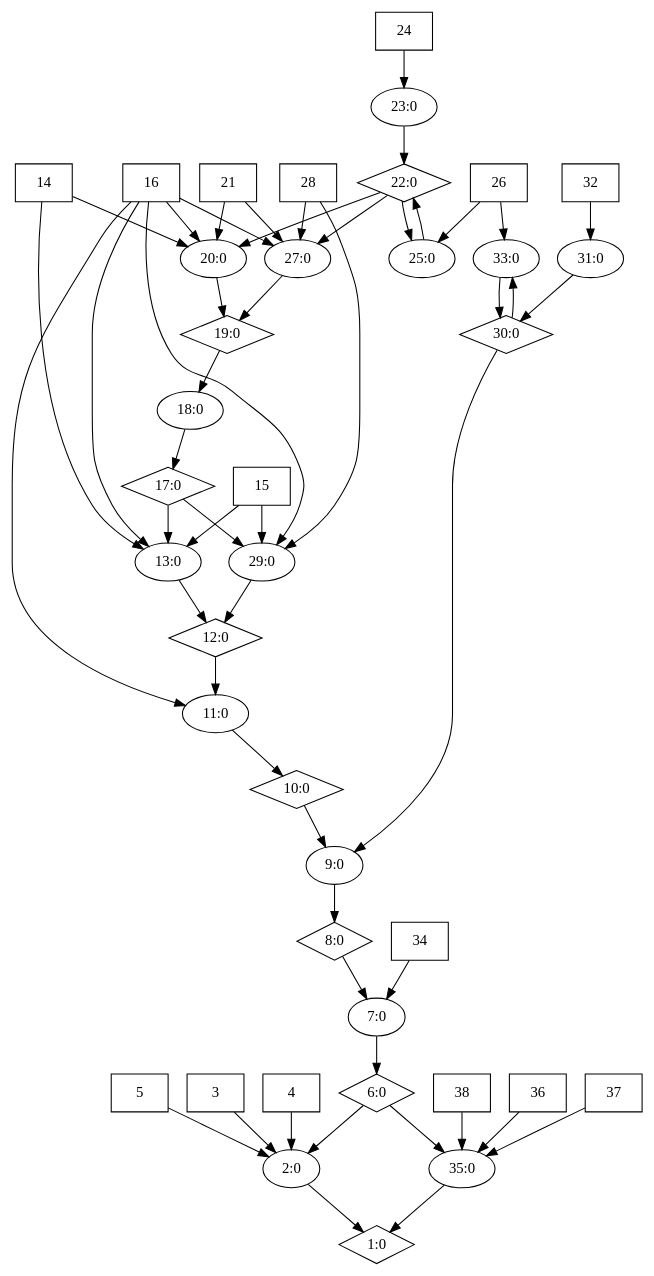
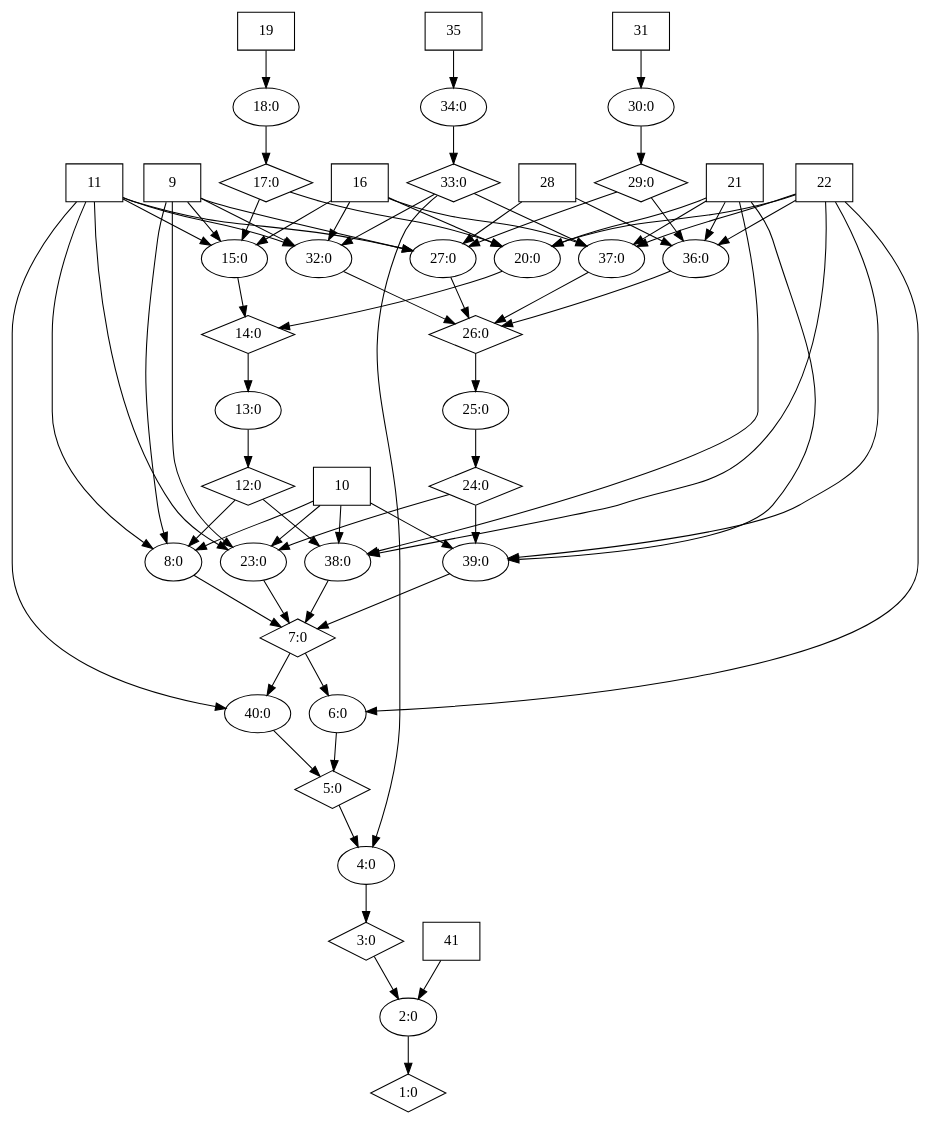
One commit to myuser5215/SCyTAG changed the diagram in UK-Office/AttackGraph/AttackGraph.dot. Above: the diagram before and after it, drawn with Graphviz. The commit also changed 39 other files, not shown here.

```diff
--- a/UK-Office/AttackGraph/AttackGraph.dot
+++ b/UK-Office/AttackGraph/AttackGraph.dot
@@ -1,91 +1,115 @@
 digraph G {
 	1 [label="1:0",shape=diamond];
 	2 [label="2:0",shape=ellipse];
-	3 [label="3",shape=box];
-	4 [label="4",shape=box];
-	5 [label="5",shape=box];
-	6 [label="6:0",shape=diamond];
-	7 [label="7:0",shape=ellipse];
-	8 [label="8:0",shape=diamond];
-	9 [label="9:0",shape=ellipse];
-	10 [label="10:0",shape=diamond];
-	11 [label="11:0",shape=ellipse];
+	3 [label="3:0",shape=diamond];
+	4 [label="4:0",shape=ellipse];
+	5 [label="5:0",shape=diamond];
+	6 [label="6:0",shape=ellipse];
+	7 [label="7:0",shape=diamond];
+	8 [label="8:0",shape=ellipse];
+	9 [label="9",shape=box];
+	10 [label="10",shape=box];
+	11 [label="11",shape=box];
 	12 [label="12:0",shape=diamond];
 	13 [label="13:0",shape=ellipse];
-	14 [label="14",shape=box];
-	15 [label="15",shape=box];
+	14 [label="14:0",shape=diamond];
+	15 [label="15:0",shape=ellipse];
 	16 [label="16",shape=box];
 	17 [label="17:0",shape=diamond];
 	18 [label="18:0",shape=ellipse];
-	19 [label="19:0",shape=diamond];
+	19 [label="19",shape=box];
 	20 [label="20:0",shape=ellipse];
 	21 [label="21",shape=box];
-	22 [label="22:0",shape=diamond];
+	22 [label="22",shape=box];
 	23 [label="23:0",shape=ellipse];
-	24 [label="24",shape=box];
+	24 [label="24:0",shape=diamond];
 	25 [label="25:0",shape=ellipse];
-	26 [label="26",shape=box];
+	26 [label="26:0",shape=diamond];
 	27 [label="27:0",shape=ellipse];
 	28 [label="28",shape=box];
-	29 [label="29:0",shape=ellipse];
-	30 [label="30:0",shape=diamond];
-	31 [label="31:0",shape=ellipse];
-	32 [label="32",shape=box];
-	33 [label="33:0",shape=ellipse];
-	34 [label="34",shape=box];
-	35 [label="35:0",shape=ellipse];
-	36 [label="36",shape=box];
-	37 [label="37",shape=box];
-	38 [label="38",shape=box];
-	3 -> 	2;
-	4 -> 	2;
-	5 -> 	2;
-	14 -> 	13;
-	15 -> 	13;
-	16 -> 	13;
-	14 -> 	20;
-	16 -> 	20;
-	21 -> 	20;
-	24 -> 	23;
-	23 -> 	22;
-	26 -> 	25;
-	22 -> 	25;
-	25 -> 	22;
-	22 -> 	20;
-	20 -> 	19;
-	28 -> 	27;
-	16 -> 	27;
-	21 -> 	27;
-	22 -> 	27;
-	27 -> 	19;
+	29 [label="29:0",shape=diamond];
+	30 [label="30:0",shape=ellipse];
+	31 [label="31",shape=box];
+	32 [label="32:0",shape=ellipse];
+	33 [label="33:0",shape=diamond];
+	34 [label="34:0",shape=ellipse];
+	35 [label="35",shape=box];
+	36 [label="36:0",shape=ellipse];
+	37 [label="37:0",shape=ellipse];
+	38 [label="38:0",shape=ellipse];
+	39 [label="39:0",shape=ellipse];
+	40 [label="40:0",shape=ellipse];
+	41 [label="41",shape=box];
+	9 -> 	8;
+	10 -> 	8;
+	11 -> 	8;
+	9 -> 	15;
+	11 -> 	15;
+	16 -> 	15;
 	19 -> 	18;
 	18 -> 	17;
-	17 -> 	13;
+	17 -> 	15;
+	15 -> 	14;
+	21 -> 	20;
+	22 -> 	20;
+	16 -> 	20;
+	17 -> 	20;
+	20 -> 	14;
+	14 -> 	13;
 	13 -> 	12;
-	28 -> 	29;
-	15 -> 	29;
-	16 -> 	29;
-	17 -> 	29;
-	29 -> 	12;
-	12 -> 	11;
-	16 -> 	11;
-	11 -> 	10;
-	10 -> 	9;
-	32 -> 	31;
+	12 -> 	8;
+	8 -> 	7;
+	9 -> 	23;
+	10 -> 	23;
+	11 -> 	23;
+	9 -> 	27;
+	11 -> 	27;
+	28 -> 	27;
 	31 -> 	30;
-	26 -> 	33;
-	30 -> 	33;
-	33 -> 	30;
-	30 -> 	9;
-	9 -> 	8;
-	8 -> 	7;
-	34 -> 	7;
+	30 -> 	29;
+	29 -> 	27;
+	27 -> 	26;
+	9 -> 	32;
+	11 -> 	32;
+	16 -> 	32;
+	35 -> 	34;
+	34 -> 	33;
+	33 -> 	32;
+	32 -> 	26;
+	21 -> 	36;
+	22 -> 	36;
+	28 -> 	36;
+	29 -> 	36;
+	36 -> 	26;
+	21 -> 	37;
+	22 -> 	37;
+	16 -> 	37;
+	33 -> 	37;
+	37 -> 	26;
+	26 -> 	25;
+	25 -> 	24;
+	24 -> 	23;
+	23 -> 	7;
+	21 -> 	38;
+	10 -> 	38;
+	22 -> 	38;
+	12 -> 	38;
+	38 -> 	7;
+	21 -> 	39;
+	10 -> 	39;
+	22 -> 	39;
+	24 -> 	39;
+	39 -> 	7;
 	7 -> 	6;
-	6 -> 	2;
+	22 -> 	6;
+	6 -> 	5;
+	7 -> 	40;
+	11 -> 	40;
+	40 -> 	5;
+	5 -> 	4;
+	33 -> 	4;
+	4 -> 	3;
+	3 -> 	2;
+	41 -> 	2;
 	2 -> 	1;
-	36 -> 	35;
-	37 -> 	35;
-	38 -> 	35;
-	6 -> 	35;
-	35 -> 	1;
 }
```
